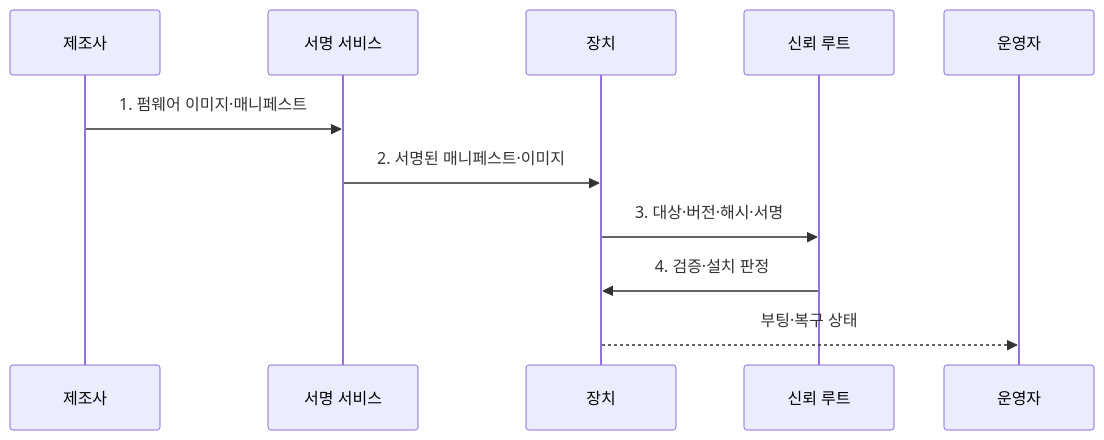
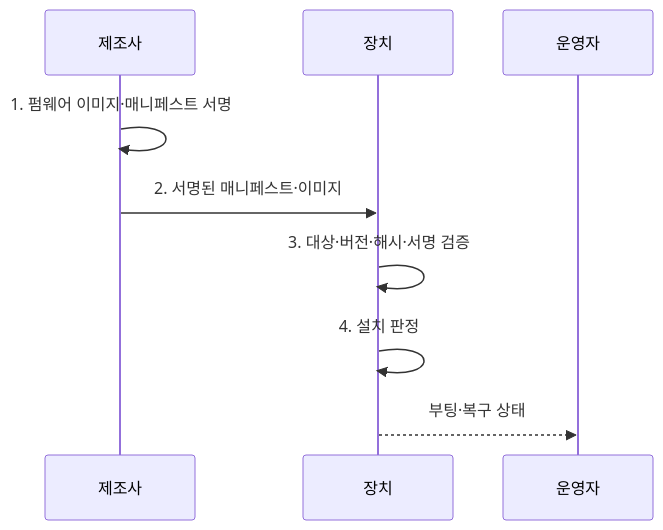
One commit to agnusdei1207/knowledge-base changed the second of 2 diagrams in src/content/docs/notes/05-security/126_firmware_security.md. Above: the diagram before and after it, drawn with Mermaid. The commit also changed other lines of this file and 4 other files, not shown here.

Commit message:
Focus vulnerability and device sequences

````diff
--- a/src/content/docs/notes/05-security/126_firmware_security.md
+++ b/src/content/docs/notes/05-security/126_firmware_security.md
@@ -98,13 +98,11 @@
 ```mermaid
 sequenceDiagram
   participant M as 제조사
-  participant S as 서명 서비스
   participant D as 장치
-  participant R as 신뢰 루트
   participant O as 운영자
-  M->>S: 1. 펌웨어 이미지·매니페스트
-  S->>D: 2. 서명된 매니페스트·이미지
-  D->>R: 3. 대상·버전·해시·서명
-  R->>D: 4. 검증·설치 판정
+  M->>M: 1. 펌웨어 이미지·매니페스트 서명
+  M->>D: 2. 서명된 매니페스트·이미지
+  D->>D: 3. 대상·버전·해시·서명 검증
+  D->>D: 4. 설치 판정
   D-->>O: 부팅·복구 상태
 ```
````
